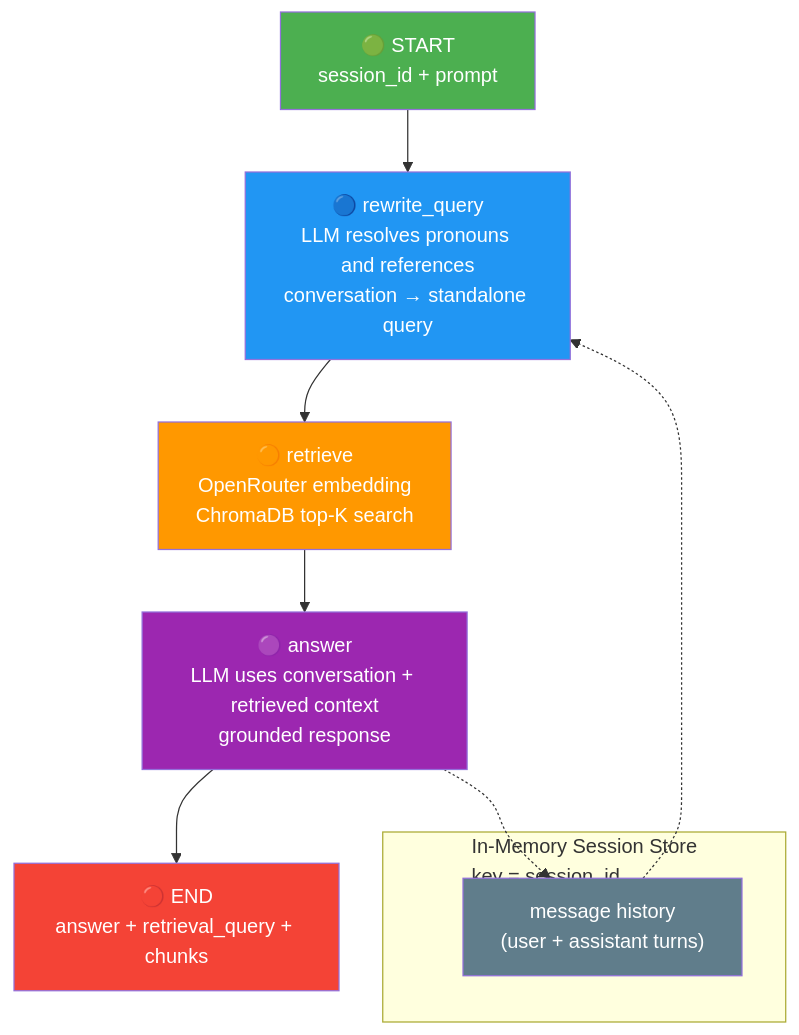
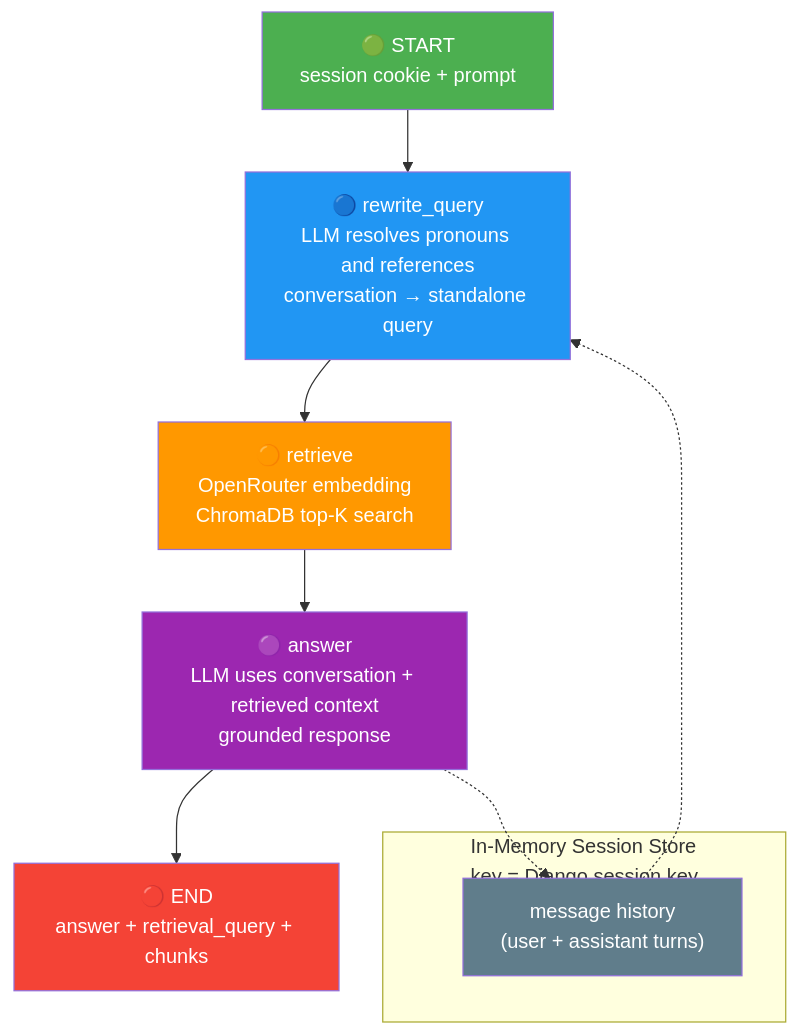
One commit to dooa-ansari/personal-knowledge-graph-LLM changed the second of 2 diagrams in README.md. Above: the diagram before and after it, drawn with Mermaid. The commit also changed other lines of this file, not shown here.

````diff
--- a/README.md
+++ b/README.md
@@ -188,21 +239,21 @@
 ```mermaid
 flowchart TD
-    Start["🟢 START<br/>session_id + prompt"] --> Rewrite["🔵 rewrite_query<br/>LLM resolves pronouns and references<br/>conversation → standalone query"]
+    Start["🟢 START<br/>session cookie + prompt"] --> Rewrite["🔵 rewrite_query<br/>LLM resolves pronouns and references<br/>conversation → standalone query"]
     Rewrite --> Retrieve["🟠 retrieve<br/>OpenRouter embedding<br/>ChromaDB top-K search"]
     Retrieve --> Answer["🟣 answer<br/>LLM uses conversation + retrieved context<br/>grounded response"]
     Answer --> End["🔴 END<br/>answer + retrieval_query + chunks"]
 
-    subgraph Memory["In-Memory Session Store<br/>key = session_id"]
+    subgraph Memory["In-Memory Session Store<br/>key = Django session key"]
         State["message history<br/>(user + assistant turns)"]
     end
 
     State -.-> Rewrite
     Answer -.-> State
 
     style Start fill:#4CAF50,color:#fff
     style Rewrite fill:#2196F3,color:#fff
     style Retrieve fill:#FF9800,color:#fff
     style Answer fill:#9C27B0,color:#fff
     style End fill:#F44336,color:#fff
     style State fill:#607D8B,color:#fff
 ```
````
